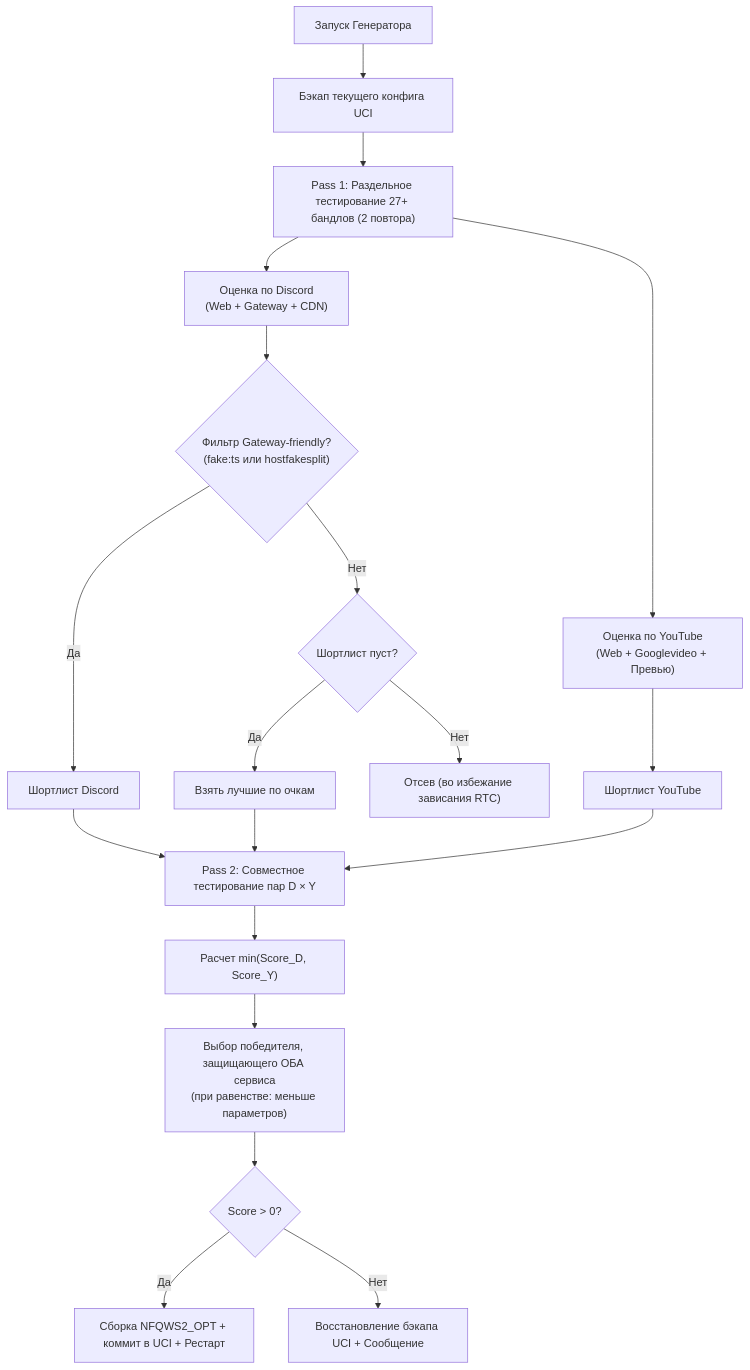
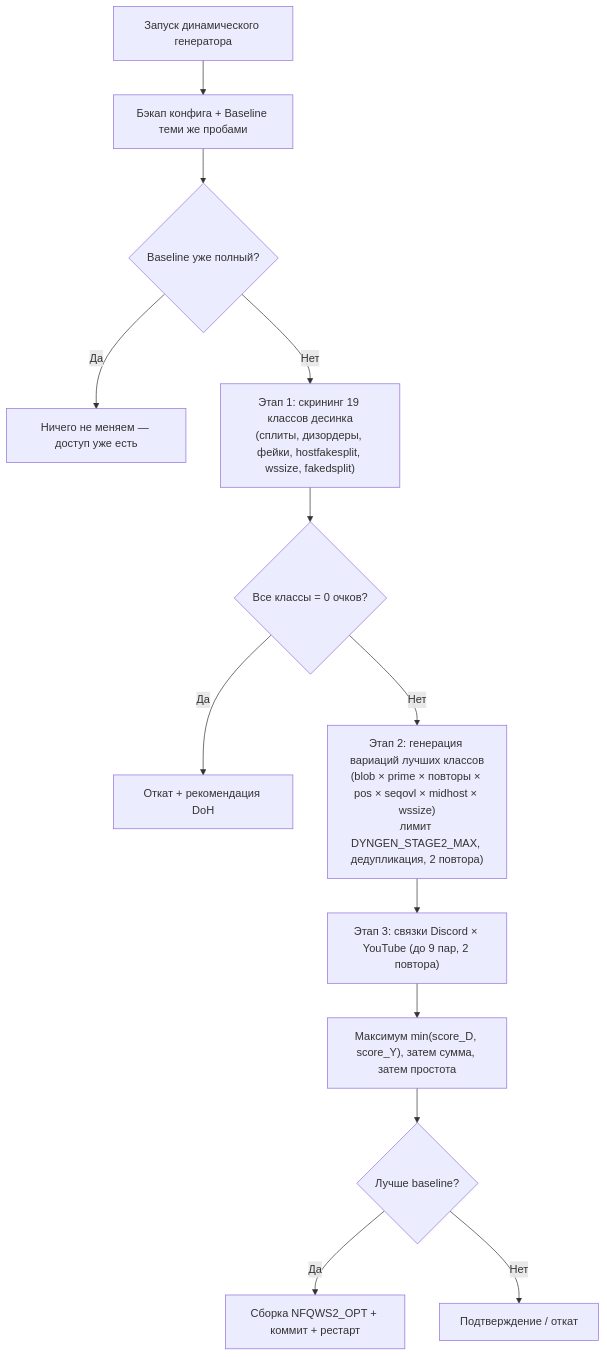
Before and after one commit to Floorys/Z2-Manager: the diagram in README.md, drawn with Mermaid. The commit also changed other lines of this file and 16 other files, not shown here.

````diff
--- a/README.md
+++ b/README.md
@@ -122,25 +126,15 @@
 ```mermaid
 flowchart TD
-    Start["Запуск Генератора"] --> Backup["Бэкап текущего конфига UCI"]
-    Backup --> Pass1["Pass 1: Раздельное тестирование 27+ бандлов (2 повтора)"]
-    Pass1 --> ScoreD["Оценка по Discord<br>(Web + Gateway + CDN)"]
-    Pass1 --> ScoreY["Оценка по YouTube<br>(Web + Googlevideo + Превью)"]
-    
-    ScoreD --> FilterGW{"Фильтр Gateway-friendly?<br>(fake:ts или hostfakesplit)"}
-    FilterGW -- Да --> ShortD["Шортлист Discord"]
-    FilterGW -- Нет --> Fallback{"Шортлист пуст?"}
-    Fallback -- Да --> TopD["Взять лучшие по очкам"]
-    Fallback -- Нет --> Drop["Отсев (во избежание зависания RTC)"]
-    
-    ScoreY --> ShortY["Шортлист YouTube"]
-    
-    ShortD --> Pass2["Pass 2: Совместное тестирование пар D × Y"]
-    TopD --> Pass2
-    ShortY --> Pass2
-    
-    Pass2 --> CalcJoint["Расчет min(Score_D, Score_Y)"]
-    CalcJoint --> Best["Выбор победителя, защищающего ОБА сервиса<br>(при равенстве: меньше параметров)"]
-    Best --> CheckThresh{"Score > 0?"}
-    CheckThresh -- Да --> Apply["Сборка NFQWS2_OPT + коммит в UCI + Рестарт"]
-    CheckThresh -- Нет --> Restore["Восстановление бэкапа UCI + Сообщение"]
+    Start["Запуск динамического генератора"] --> Backup["Бэкап конфига + Baseline теми же пробами"]
+    Backup --> Perfect{"Baseline уже полный?"}
+    Perfect -- "Да" --> Keep["Ничего не меняем — доступ уже есть"]
+    Perfect -- "Нет" --> S1["Этап 1: скрининг 19 классов десинка<br>(сплиты, дизордеры, фейки, hostfakesplit, wssize, fakedsplit)"]
+    S1 --> S1Dead{"Все классы = 0 очков?"}
+    S1Dead -- "Да" --> Restore["Откат + рекомендация DoH"]
+    S1Dead -- "Нет" --> S2["Этап 2: генерация вариаций лучших классов<br>(blob × prime × повторы × pos × seqovl × midhost × wssize)<br>лимит DYNGEN_STAGE2_MAX, дедупликация, 2 повтора)"]
+    S2 --> S3["Этап 3: связки Discord × YouTube (до 9 пар, 2 повтора)"]
+    S3 --> Best["Максимум min(score_D, score_Y), затем сумма, затем простота"]
+    Best --> Cmp{"Лучше baseline?"}
+    Cmp -- "Да" --> Apply["Сборка NFQWS2_OPT + коммит + рестарт"]
+    Cmp -- "Нет" --> Ask["Подтверждение / откат"]
 ```
````
